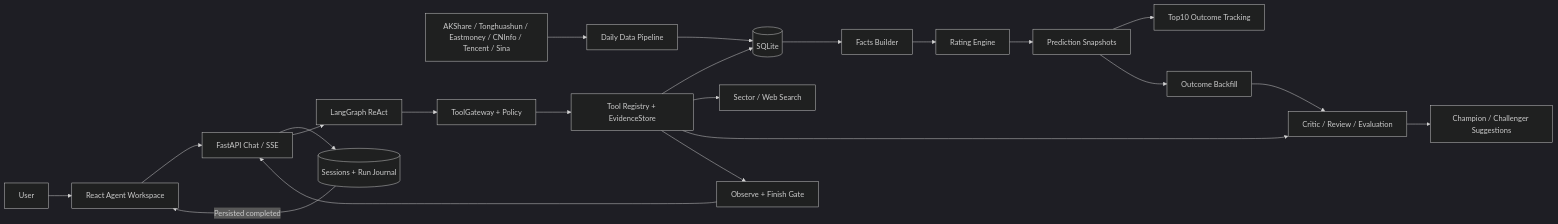
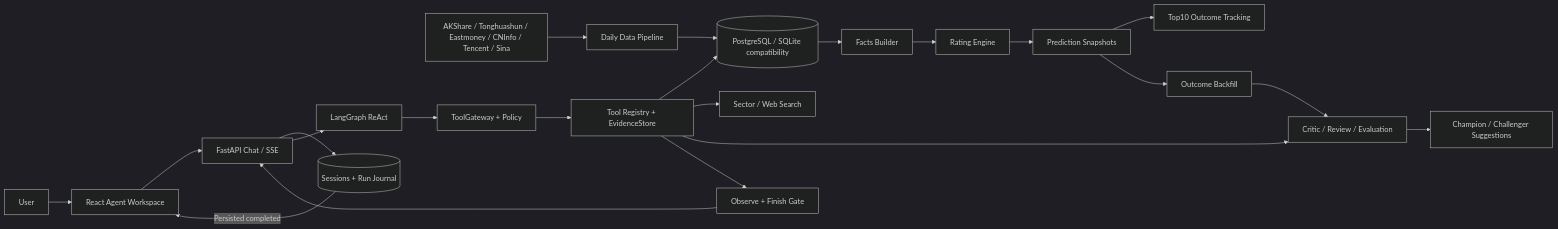
Before and after one commit to bibofu/LimitUpLab: the first of 2 diagrams in README.md, drawn with Mermaid (dark theme). The commit also changed other lines of this file and 3 other files, not shown here.

Commit message:
docs(deploy): record v1.6.1 PostgreSQL production acceptance

````diff
--- a/README.md
+++ b/README.md
@@ -141,27 +141,27 @@
 ```mermaid
 flowchart LR
     A[AKShare / Tonghuashun / Eastmoney / CNInfo / Tencent / Sina] --> B[Daily Data Pipeline]
-    B --> C[(SQLite)]
+    B --> C[(PostgreSQL / SQLite compatibility)]
 
     C --> D[Facts Builder]
     D --> E[Rating Engine]
     E --> G[Prediction Snapshots]
     G --> H[Top10 Outcome Tracking]
 
     U[User] --> I[React Agent Workspace]
     I --> J[FastAPI Chat / SSE]
     J --> S[(Sessions + Run Journal)]
     J --> K[LangGraph ReAct]
     K --> L[ToolGateway + Policy]
     L --> M[Tool Registry + EvidenceStore]
     M --> C
     M --> N[Sector / Web Search]
     M --> O[Critic / Review / Evaluation]
     M --> P[Observe + Finish Gate]
     P --> J
     S -->|Persisted completed| I
 
     G --> Q[Outcome Backfill]
     Q --> O
     O --> R[Champion / Challenger Suggestions]
 ```
````
